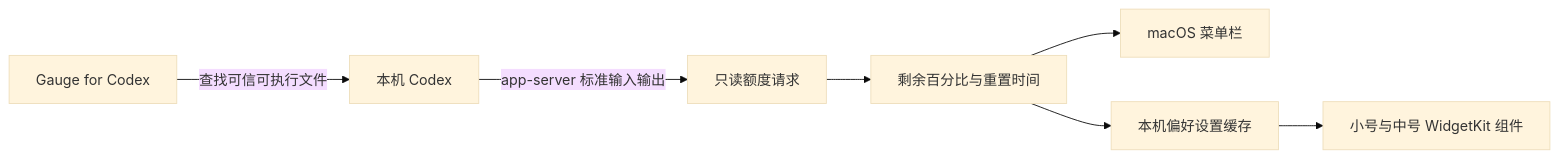
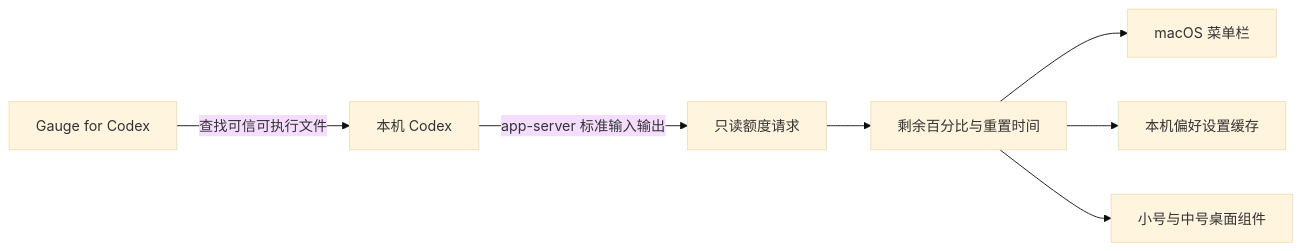
One commit to qingtan-labs/AgentReadout changed the diagram in README.zh-Hans.md. Above: the diagram before and after it, drawn with Mermaid (base theme). The commit also changed other lines of this file and 22 other files, not shown here.

Commit message:
Replace WidgetKit extension with desktop widget

````diff
--- a/README.zh-Hans.md
+++ b/README.zh-Hans.md
@@ -78,9 +78,9 @@
 ```mermaid
 flowchart LR
     A[Gauge for Codex] -->|查找可信可执行文件| B[本机 Codex]
     B -->|app-server 标准输入输出| C[只读额度请求]
     C --> D[剩余百分比与重置时间]
     D --> E[macOS 菜单栏]
     D --> F[本机偏好设置缓存]
-    F --> G[小号与中号 WidgetKit 组件]
+    D --> G[小号与中号桌面组件]
 ```
````
